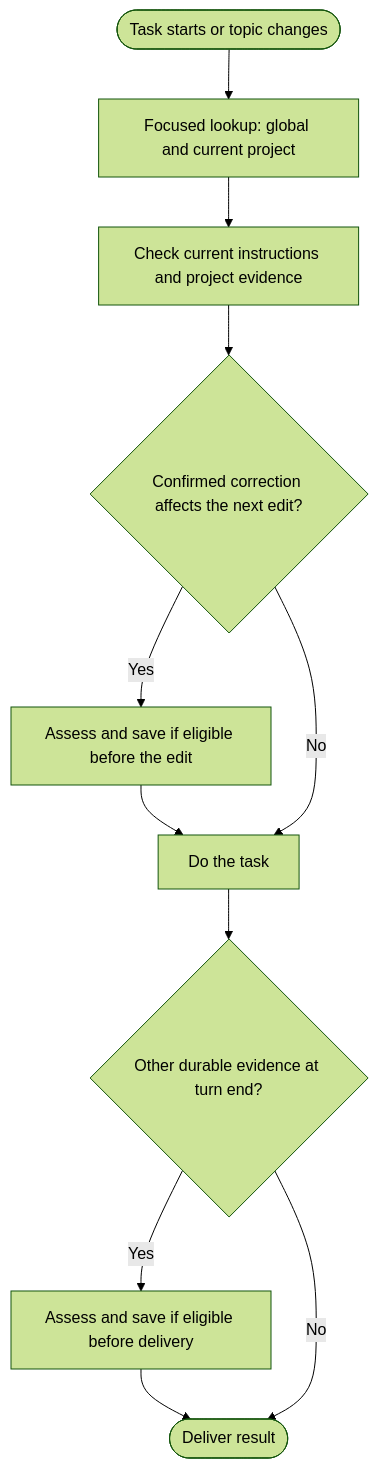
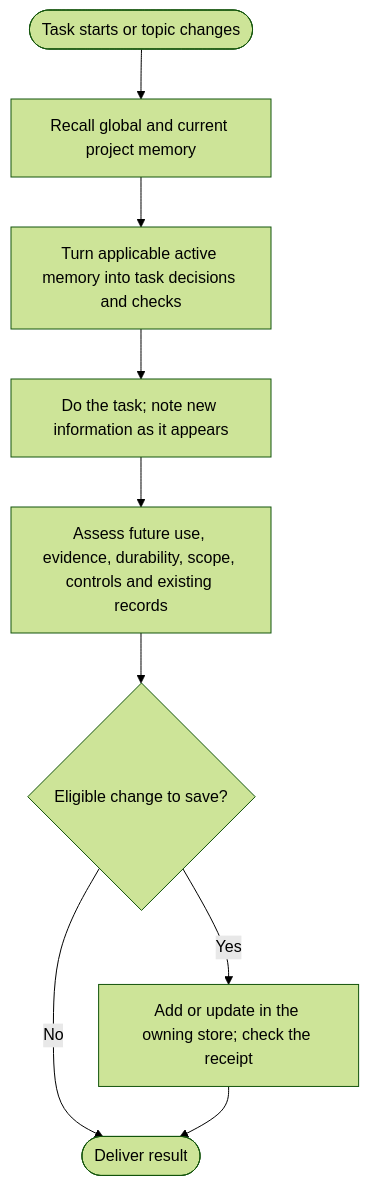
Before and after one commit to chrisstarr7/dev-memory: the first of 2 diagrams in README.md, drawn with Mermaid (forest theme). The commit also changed other lines of this file and 6 other files, not shown here.

Commit message:
Clarify recall and durable memory workflow

````diff
--- a/README.md
+++ b/README.md
@@ -63,13 +63,11 @@
 ```mermaid
 flowchart TD
-    S([Task starts or topic changes]) --> R[Focused lookup: global and current project]
-    R --> V[Check current instructions and project evidence]
-    V --> C{Confirmed correction affects the next edit?}
-    C -->|Yes| P[Assess and save if eligible before the edit]
-    P --> W[Do the task]
-    C -->|No| W
-    W --> N{Other durable evidence at turn end?}
-    N -->|Yes| Q[Assess and save if eligible before delivery]
-    Q --> F([Deliver result])
-    N -->|No| F
+    S([Task starts or topic changes]) --> R[Recall global and current project memory]
+    R --> A[Turn applicable active memory into task decisions and checks]
+    A --> W[Do the task; note new information as it appears]
+    W --> E[Assess future use, evidence, durability, scope, controls and existing records]
+    E --> G{Eligible change to save?}
+    G -->|No| F([Deliver result])
+    G -->|Yes| P[Add or update in the owning store; check the receipt]
+    P --> F
 ```
````
